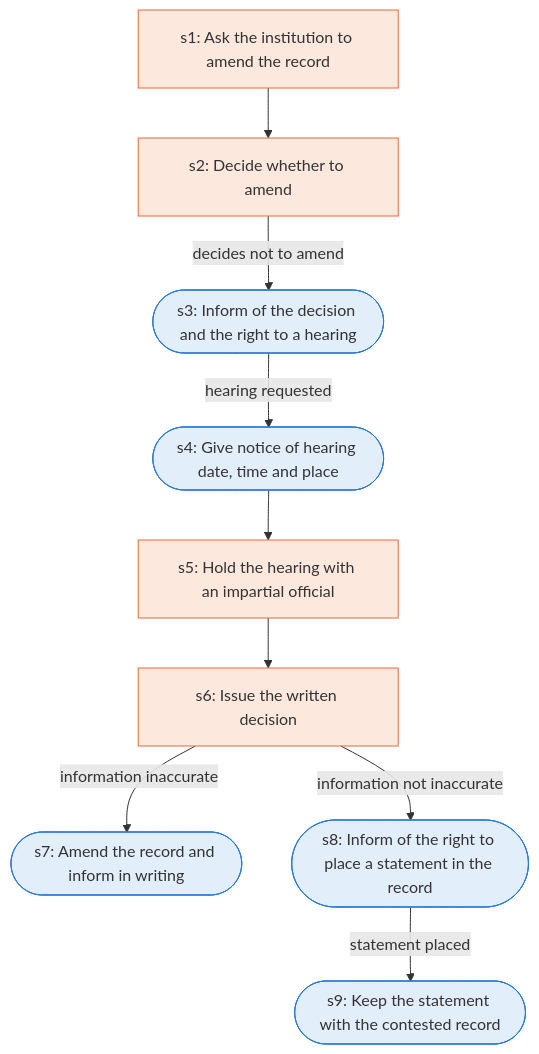
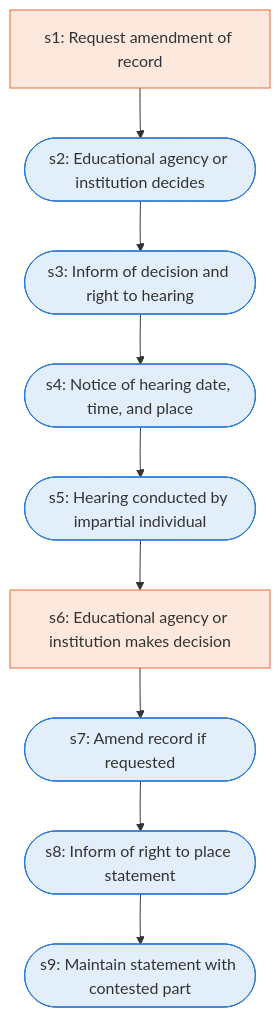
The diagram in docs/runbooks/ferpa_record_amendment.md (Jitesh-Mishra/sop-to-agent-workflows), drawn with Mermaid before and after one commit. The commit also changed other lines of this file and 172 other files, not shown here.

````diff
--- a/docs/runbooks/ferpa_record_amendment.md
+++ b/docs/runbooks/ferpa_record_amendment.md
@@ -7,24 +7,24 @@
 ```mermaid
 flowchart TD
-  s1["s1: Ask the institution to amend the record"]
-  s2["s2: Decide whether to amend"]
-  s3(["s3: Inform of the decision and the right to a hearing"])
-  s4(["s4: Give notice of hearing date, time and place"])
-  s5["s5: Hold the hearing with an impartial official"]
-  s6["s6: Issue the written decision"]
-  s7(["s7: Amend the record and inform in writing"])
-  s8(["s8: Inform of the right to place a statement in the record"])
-  s9(["s9: Keep the statement with the contested record"])
+  s1["s1: Request amendment of record"]
+  s2(["s2: Educational agency or institution decides"])
+  s3(["s3: Inform of decision and right to hearing"])
+  s4(["s4: Notice of hearing date, time, and place"])
+  s5(["s5: Hearing conducted by impartial individual"])
+  s6["s6: Educational agency or institution makes decision"]
+  s7(["s7: Amend record if requested"])
+  s8(["s8: Inform of right to place statement"])
+  s9(["s9: Maintain statement with contested part"])
   s1 --> s2
-  s2 -->|decides not to amend| s3
-  s3 -->|hearing requested| s4
+  s2 --> s3
+  s3 --> s4
   s4 --> s5
   s5 --> s6
-  s6 -->|information inaccurate| s7
-  s6 -->|information not inaccurate| s8
-  s8 -->|statement placed| s9
+  s6 --> s7
+  s7 --> s8
+  s8 --> s9
   classDef agent fill:#e3eefb,stroke:#2a78d6
   classDef human fill:#fde8de,stroke:#eb6834
-  class s3,s4,s7,s8,s9 agent
-  class s1,s2,s5,s6 human
+  class s2,s3,s4,s5,s7,s8,s9 agent
+  class s1,s6 human
 ```
````
